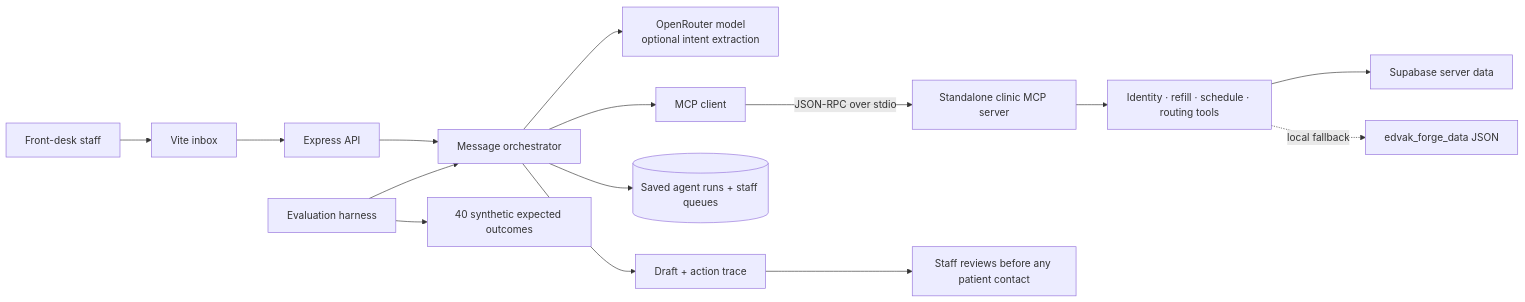
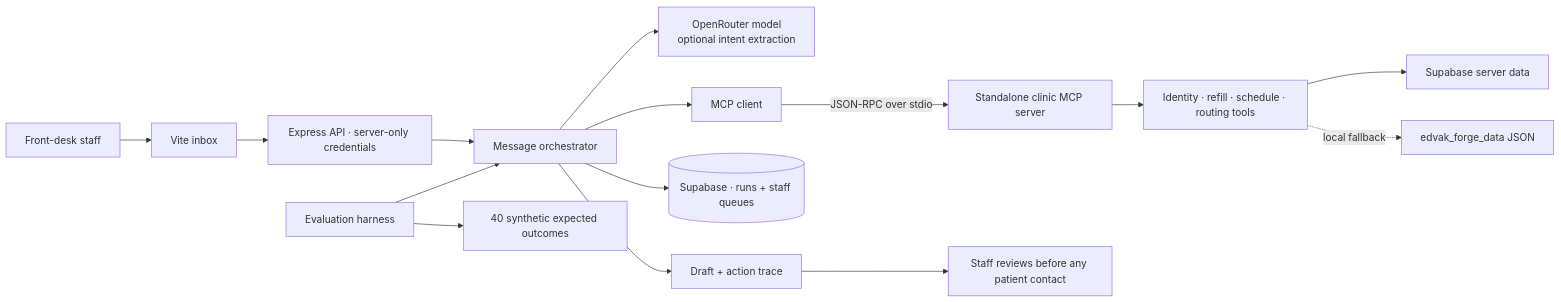
The diagram in README.md (samiuddin155/edvakehr), drawn with Mermaid before and after one commit. The commit also changed other lines of this file and 70 other files, not shown here.

````diff
--- a/README.md
+++ b/README.md
@@ -7,17 +9,17 @@
 ```mermaid
 flowchart LR
   Staff[Front-desk staff] --> UI[Vite inbox]
-  UI --> API[Express API]
+  UI --> API[Express API · server-only credentials]
   API --> Agent[Message orchestrator]
   Agent --> OR[OpenRouter model\noptional intent extraction]
   Agent --> MCPClient[MCP client]
   MCPClient -->|JSON-RPC over stdio| MCPServer[Standalone clinic MCP server]
   MCPServer --> Rules[Identity · refill · schedule · routing tools]
   Rules --> Data[Supabase server data]
   Rules -. local fallback .-> JSON[edvak_forge_data JSON]
-  Agent --> Store[(Saved agent runs + staff queues)]
+  Agent --> Store[(Supabase · runs + staff queues)]
   Agent --> Draft[Draft + action trace]
   Draft --> Review[Staff reviews before any patient contact]
   Eval[Evaluation harness] --> Agent
   Eval --> Labels[40 synthetic expected outcomes]
 ```
````
